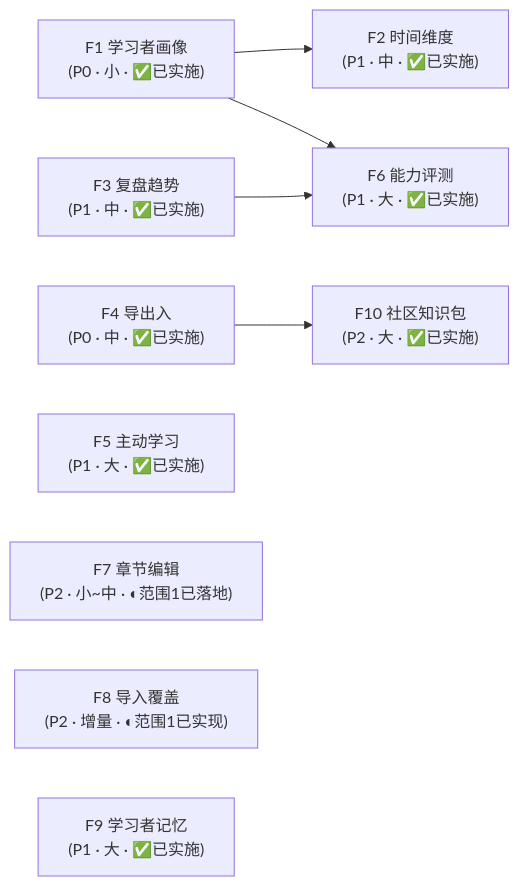
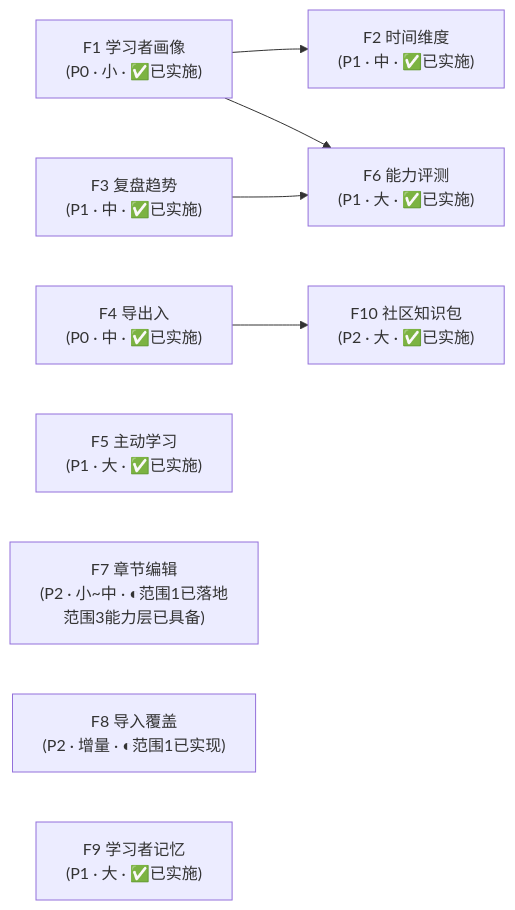
The diagram in docs/roadmap-next-features-plan-2026-09.md (JackXuyi/Personal-Learning-OS), drawn with Mermaid before and after one commit. The commit also changed other lines of this file and 2 other files, not shown here.

````diff
--- a/docs/roadmap-next-features-plan-2026-09.md
+++ b/docs/roadmap-next-features-plan-2026-09.md
@@ -465,24 +485,24 @@
 ```mermaid
 flowchart LR
     F1["F1 学习者画像<br/>(P0 · 小 · ✅已实施)"]
     F4["F4 导出入<br/>(P0 · 中 · ✅已实施)"]
     F3["F3 复盘趋势<br/>(P1 · 中 · ✅已实施)"]
     F2["F2 时间维度<br/>(P1 · 中 · ✅已实施)"]
     F5["F5 主动学习<br/>(P1 · 大 · ✅已实施)"]
     F6["F6 能力评测<br/>(P1 · 大 · ✅已实施)"]
-    F7["F7 章节编辑<br/>(P2 · 小~中 · ◐范围1已落地)"]
+    F7["F7 章节编辑<br/>(P2 · 小~中 · ◐范围1已落地<br/>范围3能力层已具备)"]
     F8["F8 导入覆盖<br/>(P2 · 增量 · ◐范围1已实现)"]
     F9["F9 学习者记忆<br/>(P1 · 大 · ✅已实施)"]
     F10["F10 社区知识包<br/>(P2 · 大 · ✅已实施)"]
 
     F1 --> F2
     F1 --> F6
     F3 --> F6
     F4 --> F10
     F4
     F5
     F7
     F8
     F9
     F10
 ```
````
